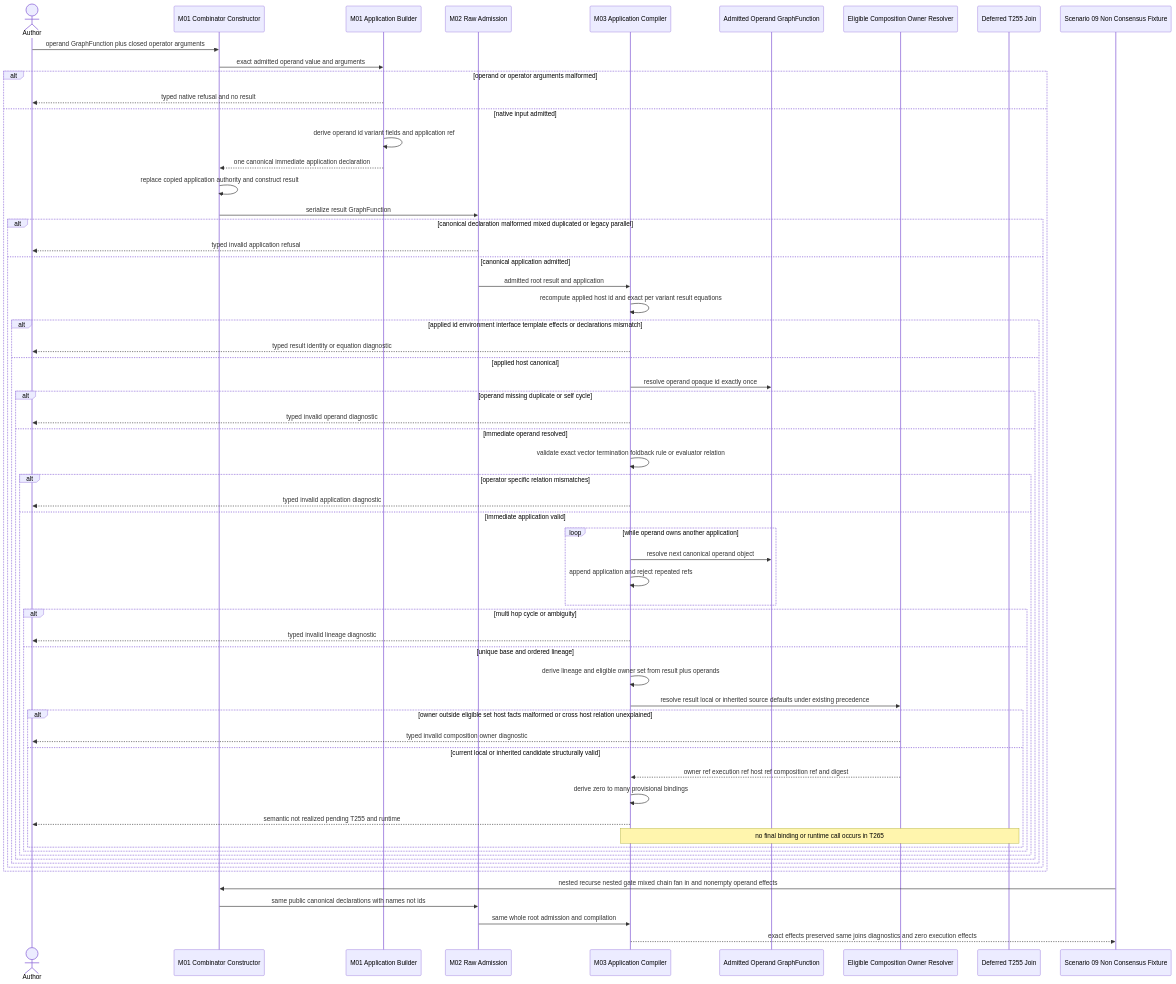
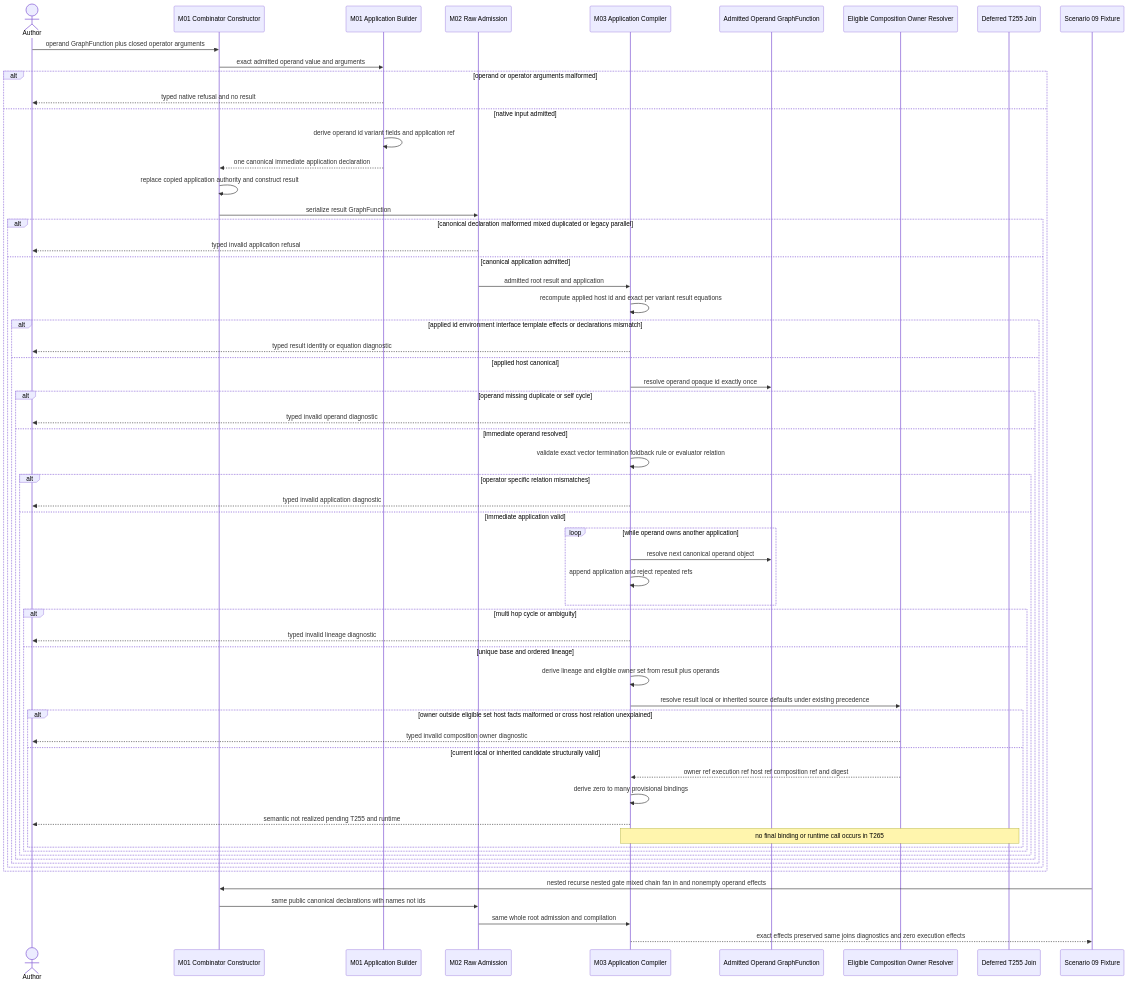
Before and after one commit to foolishimp/abiogenesis: the second of 3 diagrams in build_tenants/abiogenesis/typescript/design/M01_M02_M03_GRAPH_FUNCTION_COMBINATOR_APPLICATION_BEHAVIOR_DESIGN.md, drawn with Mermaid. The commit also changed other lines of this file and 61 other files, not shown here.

````diff
--- a/build_tenants/abiogenesis/typescript/design/M01_M02_M03_GRAPH_FUNCTION_COMBINATOR_APPLICATION_BEHAVIOR_DESIGN.md
+++ b/build_tenants/abiogenesis/typescript/design/M01_M02_M03_GRAPH_FUNCTION_COMBINATOR_APPLICATION_BEHAVIOR_DESIGN.md
@@ -542,66 +541,66 @@
 ```mermaid
 sequenceDiagram
   actor Author
   participant Algebra as M01 Combinator Constructor
   participant App as M01 Application Builder
   participant Raw as M02 Raw Admission
   participant Compiler as M03 Application Compiler
   participant Operand as Admitted Operand GraphFunction
   participant Composition as Eligible Composition Owner Resolver
   participant Handoff as Deferred T255 Join
-  participant Fixture as Scenario 09 Non Consensus Fixture
+  participant Fixture as Scenario 09 Fixture
 
   Author->>Algebra: operand GraphFunction plus closed operator arguments
   Algebra->>App: exact admitted operand value and arguments
   alt operand or operator arguments malformed
     App-->>Author: typed native refusal and no result
   else native input admitted
     App->>App: derive operand id variant fields and application ref
     App-->>Algebra: one canonical immediate application declaration
     Algebra->>Algebra: replace copied application authority and construct result
     Algebra->>Raw: serialize result GraphFunction
     alt canonical declaration malformed mixed duplicated or legacy parallel
       Raw-->>Author: typed invalid application refusal
     else canonical application admitted
       Raw->>Compiler: admitted root result and application
       Compiler->>Compiler: recompute applied host id and exact per variant result equations
       alt applied id environment interface template effects or declarations mismatch
         Compiler-->>Author: typed result identity or equation diagnostic
       else applied host canonical
         Compiler->>Operand: resolve operand opaque id exactly once
         alt operand missing duplicate or self cycle
           Compiler-->>Author: typed invalid operand diagnostic
         else immediate operand resolved
           Compiler->>Compiler: validate exact vector termination foldback rule or evaluator relation
           alt operator specific relation mismatches
             Compiler-->>Author: typed invalid application diagnostic
           else immediate application valid
             loop while operand owns another application
               Compiler->>Operand: resolve next canonical operand object
               Compiler->>Compiler: append application and reject repeated refs
             end
             alt multi hop cycle or ambiguity
               Compiler-->>Author: typed invalid lineage diagnostic
             else unique base and ordered lineage
               Compiler->>Compiler: derive lineage and eligible owner set from result plus operands
               Compiler->>Composition: resolve result local or inherited source defaults under existing precedence
               alt owner outside eligible set host facts malformed or cross host relation unexplained
                 Composition-->>Author: typed invalid composition owner diagnostic
               else current local or inherited candidate structurally valid
                 Composition-->>Compiler: owner ref execution ref host ref composition ref and digest
                 Compiler->>Compiler: derive zero to many provisional bindings
                 Compiler-->>Author: semantic not realized pending T255 and runtime
                 Note over Compiler,Handoff: no final binding or runtime call occurs in T265
               end
             end
           end
         end
       end
     end
   end
 
   Fixture->>Algebra: nested recurse nested gate mixed chain fan in and nonempty operand effects
   Algebra->>Raw: same public canonical declarations with names not ids
   Raw->>Compiler: same whole root admission and compilation
   Compiler-->>Fixture: exact effects preserved same joins diagnostics and zero execution effects
 ```
````
